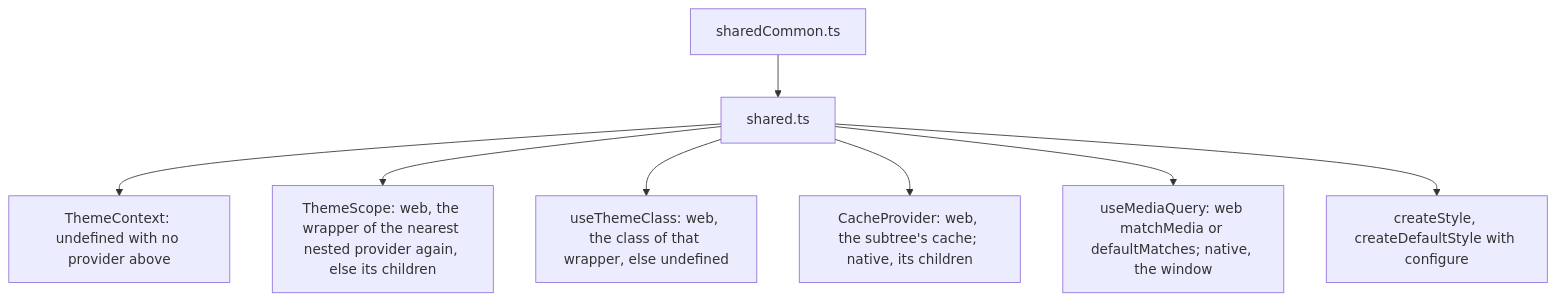
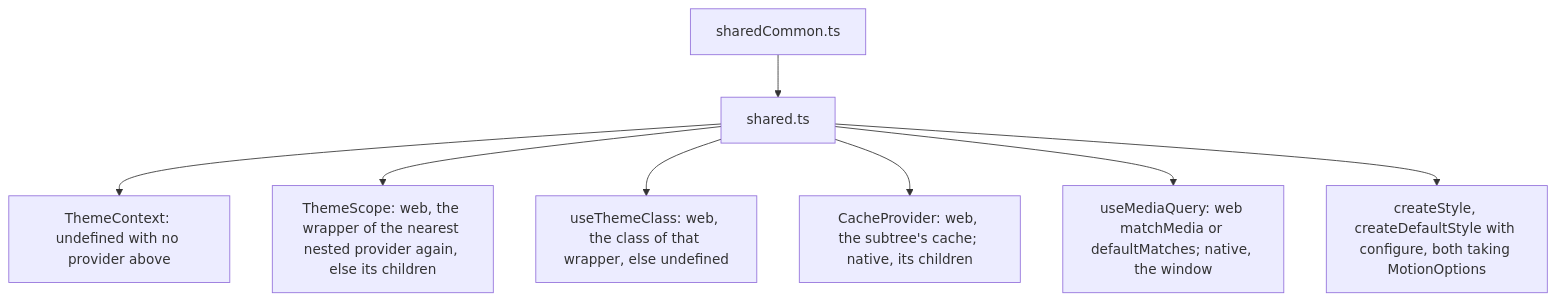
Before and after one commit to soroush-tech/umber-style: the diagram in packages/umber-style/src/shared.md, drawn with Mermaid. The commit also changed 93 other files, not shown here.

````diff
--- a/packages/umber-style/src/shared.md
+++ b/packages/umber-style/src/shared.md
@@ -21,10 +21,10 @@
 ```mermaid
 flowchart TD
   common["sharedCommon.ts"] --> shared["shared.ts"]
   shared --> ctx["ThemeContext: undefined with no provider above"]
   shared --> scope["ThemeScope: web, the wrapper of the nearest nested provider again, else its children"]
   shared --> cls["useThemeClass: web, the class of that wrapper, else undefined"]
   shared --> cache["CacheProvider: web, the subtree's cache; native, its children"]
   shared --> mq["useMediaQuery: web matchMedia or defaultMatches; native, the window"]
-  shared --> make["createStyle, createDefaultStyle with configure"]
+  shared --> make["createStyle, createDefaultStyle with configure, both taking MotionOptions"]
 ```
````
